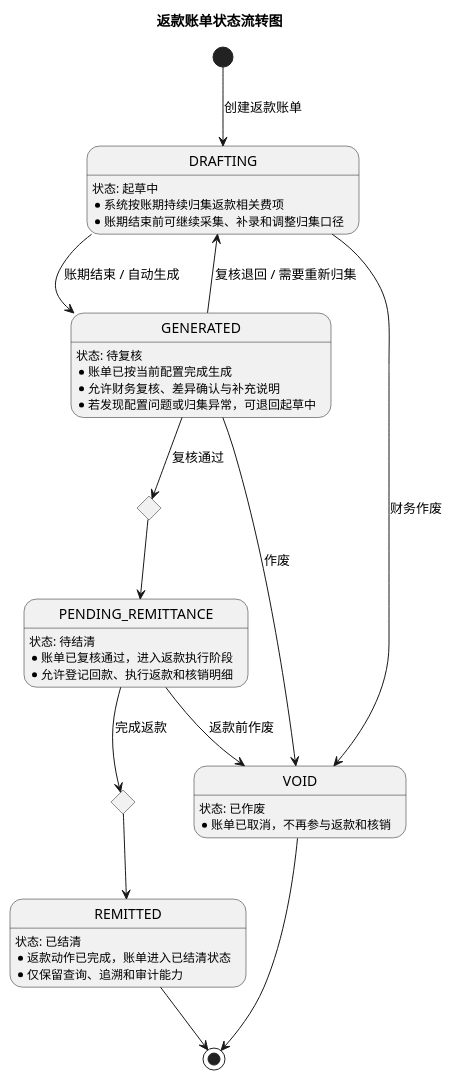
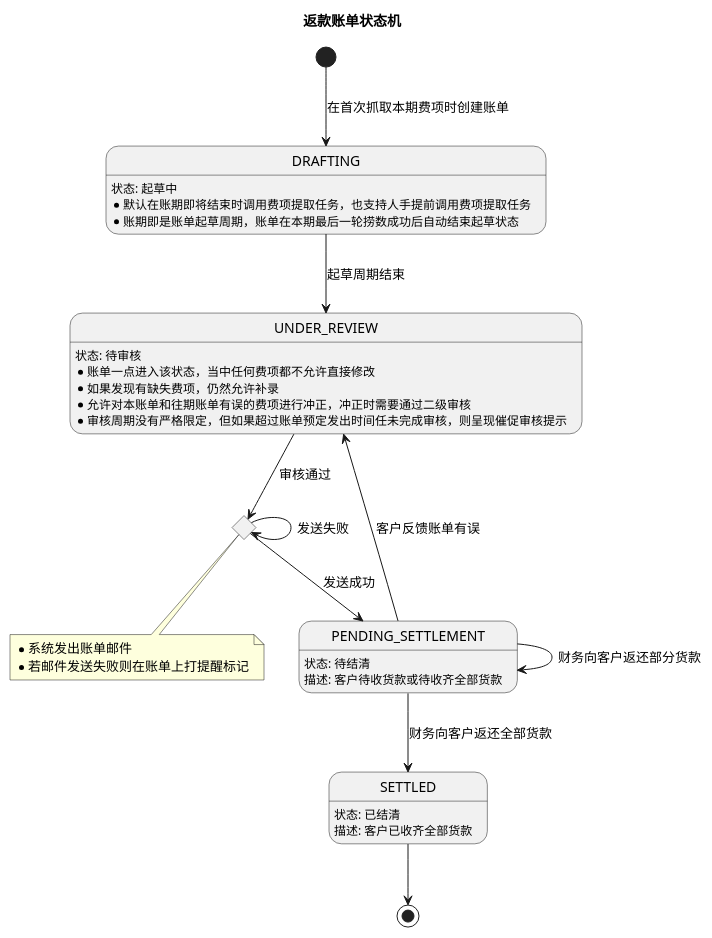
One commit to jack888332/projects-doc changed the second of 2 diagrams in product-caliber/bms/prd/返款账单.PRD.md. Above: the diagram before and after it, drawn with PlantUML.

Commit message:
修改返款账单状态机

````diff
--- a/product-caliber/bms/prd/返款账单.PRD.md
+++ b/product-caliber/bms/prd/返款账单.PRD.md
@@ -300,36 +300,30 @@
 ```plantuml
 @startuml
-title 返款账单状态流转图
+title 返款账单状态机
 top to bottom direction
-skinparam shadowing false
-skinparam DefaultTextAlignment center
-skinparam NoteTextAlignment left
 
-state DRAFTING : 状态: 起草中\n* 系统按账期持续归集返款相关费项\n* 账期结束前可继续采集、补录和调整归集口径
-state GENERATED : 状态: 待复核\n* 账单已按当前配置完成生成\n* 允许财务复核、差异确认与补充说明\n* 若发现配置问题或归集异常，可退回起草中
-state PENDING_REMITTANCE : 状态: 待结清\n* 账单已复核通过，进入返款执行阶段\n* 允许登记回款、执行返款和核销明细
-state REMITTED : 状态: 已结清\n* 返款动作已完成，账单进入已结清状态\n* 仅保留查询、追溯和审计能力
-state VOID : 状态: 已作废\n* 账单已取消，不再参与返款和核销
+state DRAFTING : 状态: 起草中\n* 默认在账期即将结束时调用费项提取任务，也支持人手提前调用费项提取任务\n* 账期即是账单起草周期，账单在本期最后一轮捞数成功后自动结束起草状态
+state UNDER_REVIEW : 状态: 待审核\n* 账单一点进入该状态，当中任何费项都不允许直接修改\n* 如果发现有缺失费项，仍然允许补录\n* 允许对本账单和往期账单有误的费项进行冲正，冲正时需要通过二级审核\n* 审核周期没有严格限定，但如果超过账单预定发出时间任未完成审核，则呈现催促审核提示
 
-state REVIEW_OK <<choice>>
-state REMIT_OK <<choice>>
+state TO_BE_SENT <<choice>>
+note bottom of TO_BE_SENT
+  * 系统发出账单邮件
+  * 若邮件发送失败则在账单上打提醒标记
+end note
 
-[*] --> DRAFTING : 创建返款账单
-DRAFTING --> GENERATED : 账期结束 / 自动生成
-DRAFTING --> VOID : 财务作废
+state PENDING_SETTLEMENT : 状态: 待结清\n描述: 客户待收货款或待收齐全部货款
+state SETTLED : 状态: 已结清\n描述: 客户已收齐全部货款
 
-GENERATED --> REVIEW_OK : 复核通过
-GENERATED --> DRAFTING : 复核退回 / 需要重新归集
-GENERATED --> VOID : 作废
+'------------------------------------------'
+[*] --> DRAFTING : 在首次抓取本期费项时创建账单
+DRAFTING --> UNDER_REVIEW : 起草周期结束
+UNDER_REVIEW --> TO_BE_SENT : 审核通过
 
-REVIEW_OK --> PENDING_REMITTANCE
-
-PENDING_REMITTANCE --> REMIT_OK : 完成返款
-PENDING_REMITTANCE --> VOID : 返款前作废
-
-REMIT_OK --> REMITTED
-
-REMITTED --> [*]
-VOID --> [*]
+TO_BE_SENT --> PENDING_SETTLEMENT : 发送成功
+TO_BE_SENT --> TO_BE_SENT : 发送失败
+PENDING_SETTLEMENT --> UNDER_REVIEW : 客户反馈账单有误
+PENDING_SETTLEMENT --> PENDING_SETTLEMENT : 财务向客户返还部分货款
+PENDING_SETTLEMENT --> SETTLED : 财务向客户返还全部货款
+SETTLED --> [*]
 @enduml
 ```
````
